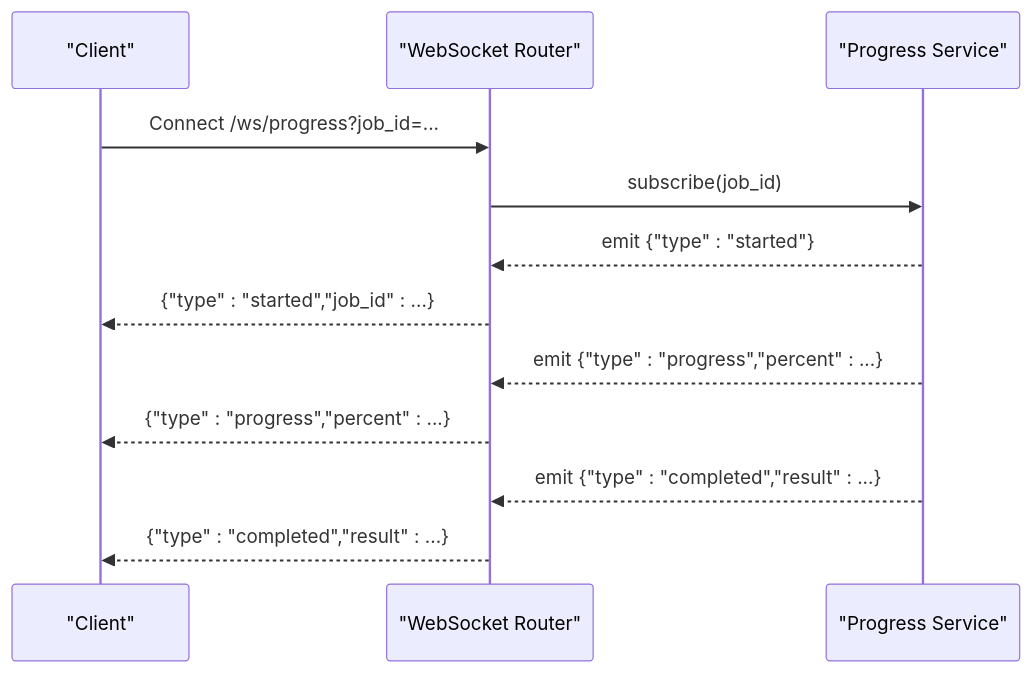
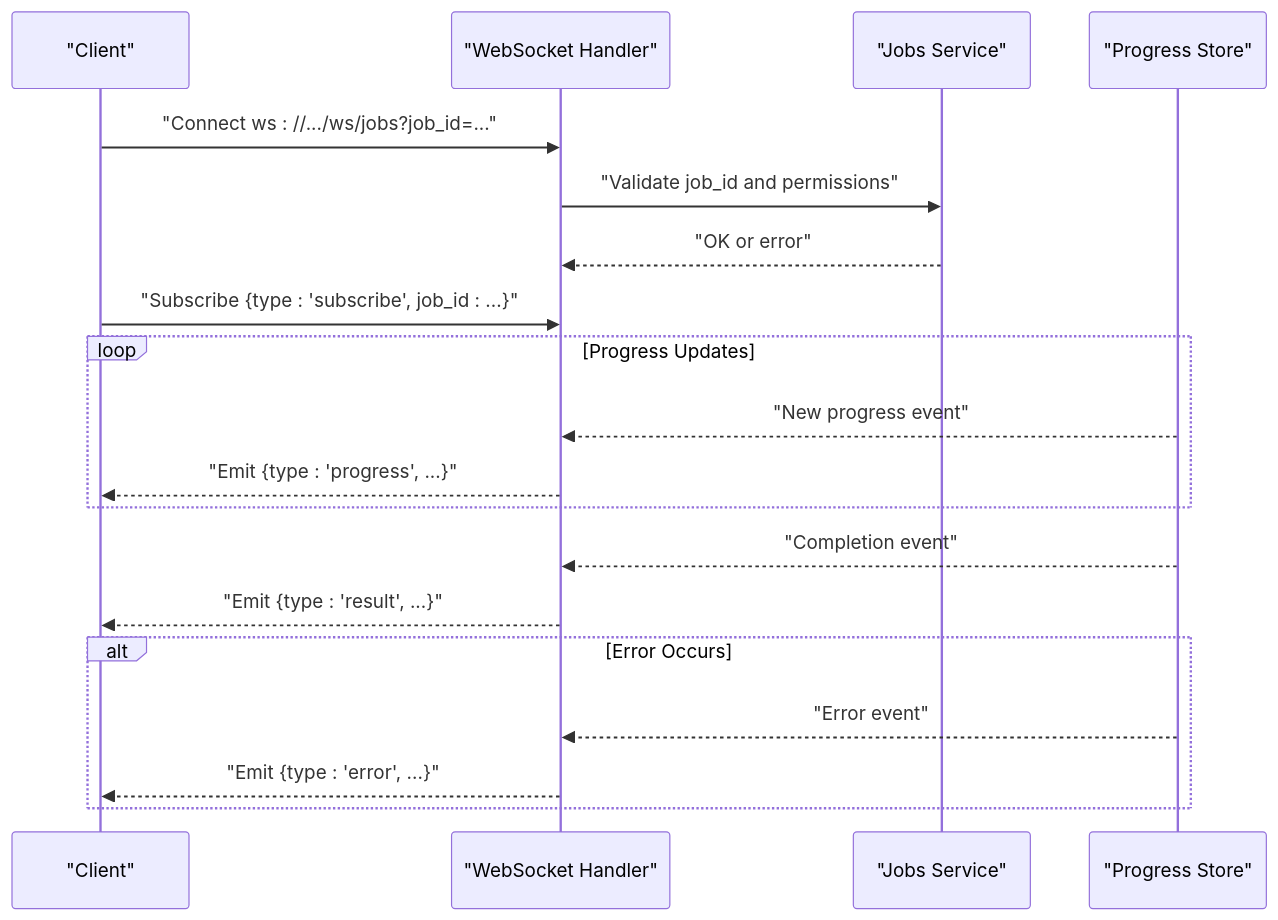
The third of 5 diagrams in .qoder/repowiki/en/content/API Reference/API Reference.md (Sifr-r/LocalDeepL), drawn with Mermaid before and after one commit. The commit also changed other lines of this file and 246 other files, not shown here.

````diff
--- a/.qoder/repowiki/en/content/API Reference/API Reference.md
+++ b/.qoder/repowiki/en/content/API Reference/API Reference.md
@@ -318,14 +279,21 @@
 ```mermaid
 sequenceDiagram
-participant Client as "Client"
-participant WS as "WebSocket Router"
-participant Progress as "Progress Service"
-Client->>WS : Connect /ws/progress?job_id=...
-WS->>Progress : subscribe(job_id)
-Progress-->>WS : emit {"type" : "started"}
-WS-->>Client : {"type" : "started","job_id" : ...}
-Progress-->>WS : emit {"type" : "progress","percent" : ...}
-WS-->>Client : {"type" : "progress","percent" : ...}
-Progress-->>WS : emit {"type" : "completed","result" : ...}
-WS-->>Client : {"type" : "completed","result" : ...}
+participant C as "Client"
+participant W as "WebSocket Handler"
+participant J as "Jobs Service"
+participant P as "Progress Store"
+C->>W : "Connect ws : //.../ws/jobs?job_id=..."
+W->>J : "Validate job_id and permissions"
+J-->>W : "OK or error"
+C->>W : "Subscribe {type : 'subscribe', job_id : ...}"
+loop Progress Updates
+P-->>W : "New progress event"
+W-->>C : "Emit {type : 'progress', ...}"
+end
+P-->>W : "Completion event"
+W-->>C : "Emit {type : 'result', ...}"
+alt Error Occurs
+P-->>W : "Error event"
+W-->>C : "Emit {type : 'error', ...}"
+end
 ```
````
